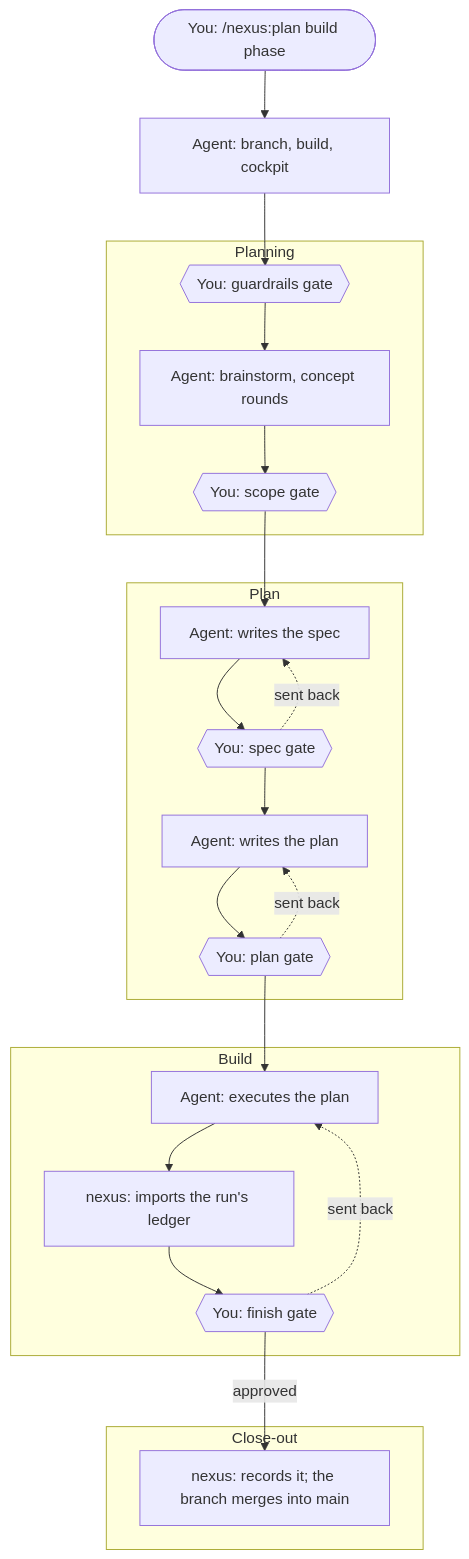
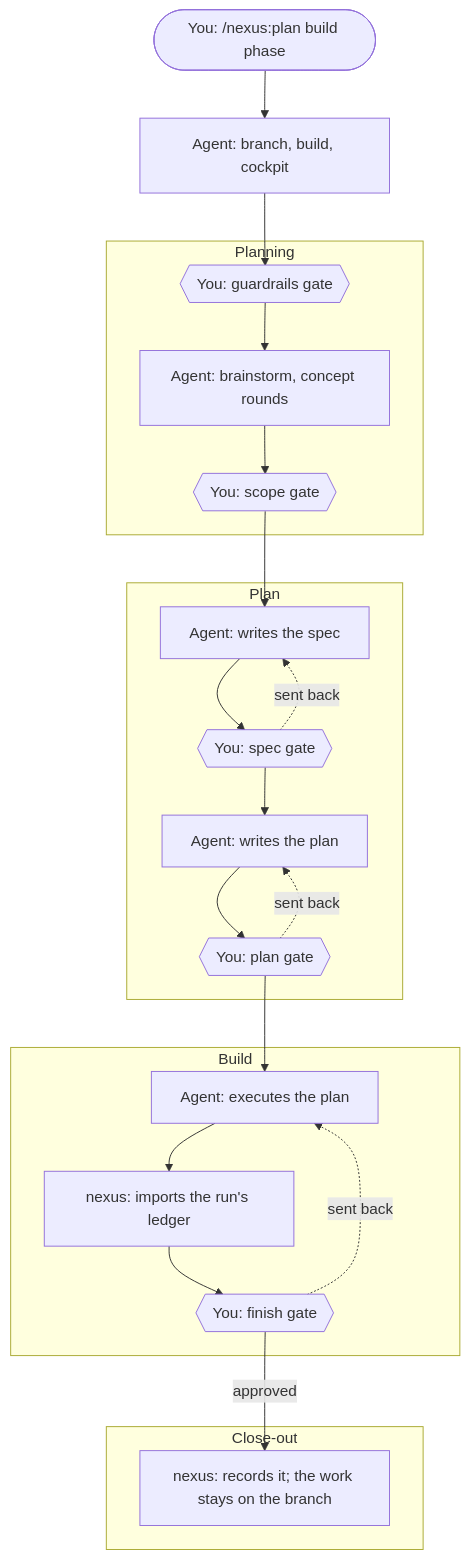
One commit to northology/nexus-source changed the first of 5 diagrams in reference/guide/flow.md. Above: the diagram before and after it, drawn with Mermaid. The commit also changed other lines of this file and 22 other files, not shown here.

````diff
--- a/reference/guide/flow.md
+++ b/reference/guide/flow.md
@@ -8,27 +8,27 @@
 ```mermaid
 flowchart TD
   start(["You: /nexus:plan build phase"]) --> setup["Agent: branch, build, cockpit"]
   subgraph planning ["Planning"]
     g1{{"You: guardrails gate"}} --> brain["Agent: brainstorm, concept rounds"]
     brain --> g2{{"You: scope gate"}}
   end
   subgraph plan ["Plan"]
     spec["Agent: writes the spec"] --> g3{{"You: spec gate"}}
     g3 --> writeplan["Agent: writes the plan"]
     writeplan --> g4{{"You: plan gate"}}
   end
   subgraph build ["Build"]
     exec["Agent: executes the plan"] --> ledger["nexus: imports the run's ledger"]
     ledger --> g5{{"You: finish gate"}}
   end
   subgraph closeout ["Close-out"]
-    close["nexus: records it; the branch merges into main"]
+    close["nexus: records it; the work stays on the branch"]
   end
   setup --> g1
   g2 --> spec
   g4 --> exec
   g5 -->|"approved"| close
   g3 -.->|"sent back"| spec
   g4 -.->|"sent back"| writeplan
   g5 -.->|"sent back"| exec
 ```
````
